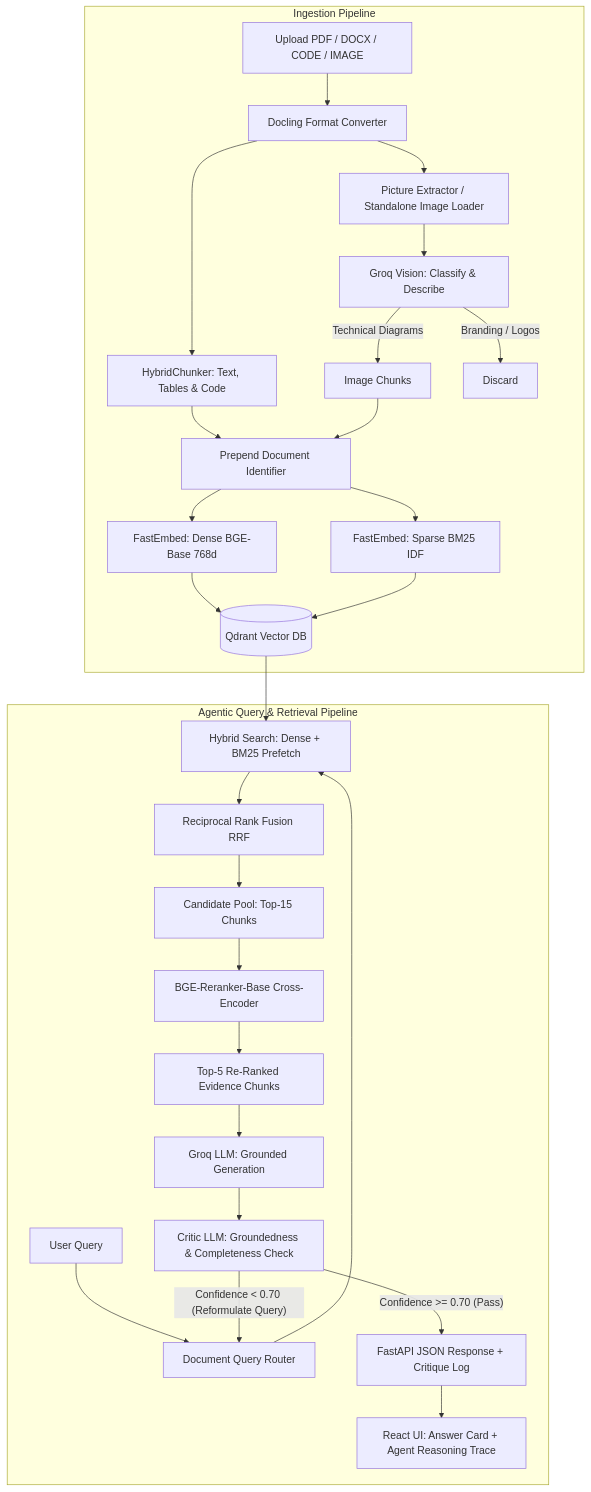
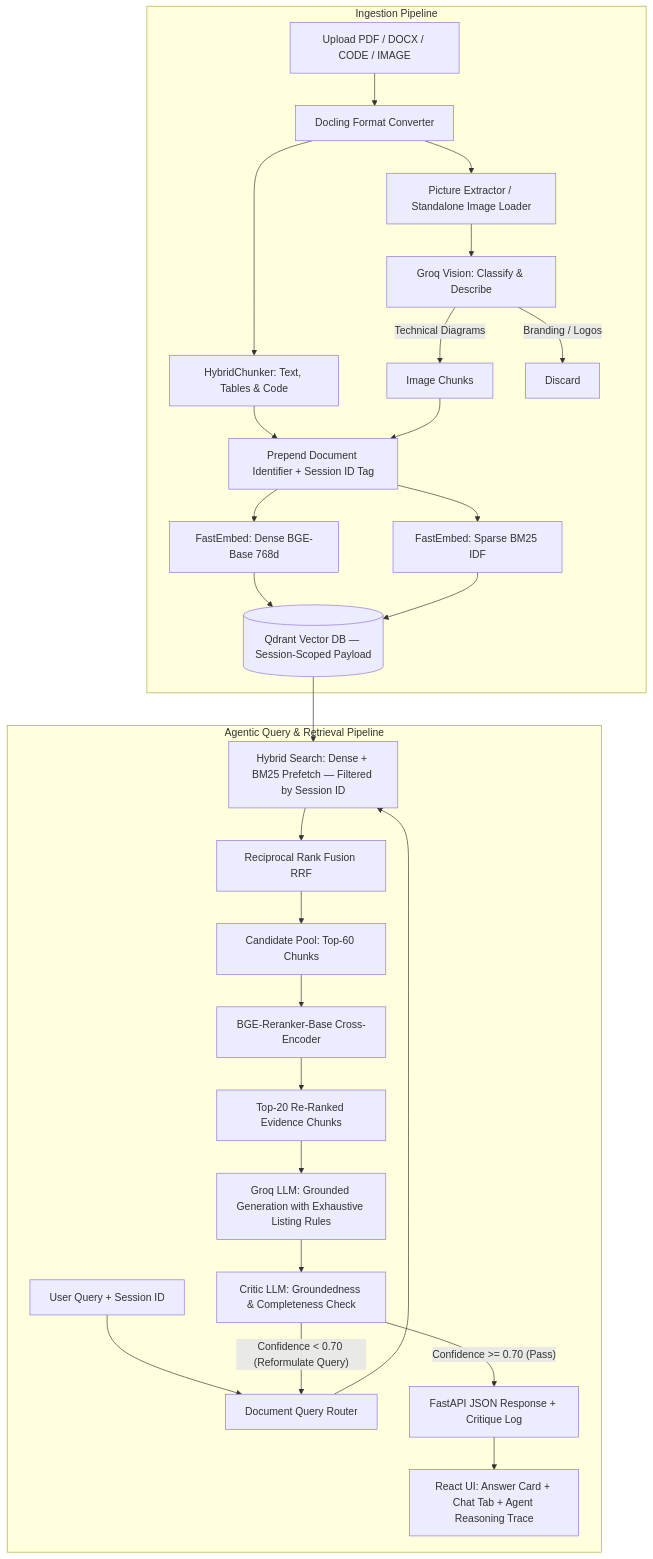
The diagram in README.md (saikiran9346/Multimodal), drawn with Mermaid before and after one commit. The commit also changed other lines of this file and 11 other files, not shown here.

First line of the commit message:
feat: session-isolated multi-chat, multi-file upload, document management API, exhaustive listing retrieval

````diff
--- a/README.md
+++ b/README.md
@@ -43,32 +47,32 @@
 ```mermaid
 graph TD
     subgraph Ingestion Pipeline
         A[Upload PDF / DOCX / CODE / IMAGE] --> B[Docling Format Converter]
         B --> C[HybridChunker: Text, Tables & Code]
         B --> D[Picture Extractor / Standalone Image Loader]
         D --> E[Groq Vision: Classify & Describe]
         E -- Technical Diagrams --> F[Image Chunks]
         E -- Branding / Logos --> G[Discard]
-        C --> H[Prepend Document Identifier]
+        C --> H[Prepend Document Identifier + Session ID Tag]
         F --> H
         H --> I[FastEmbed: Dense BGE-Base 768d]
         H --> J[FastEmbed: Sparse BM25 IDF]
-        I --> K[(Qdrant Vector DB)]
+        I --> K[(Qdrant Vector DB — Session-Scoped Payload)]
         J --> K
     end
 
     subgraph Agentic Query & Retrieval Pipeline
-        L[User Query] --> M[Document Query Router]
-        M --> N[Hybrid Search: Dense + BM25 Prefetch]
+        L[User Query + Session ID] --> M[Document Query Router]
+        M --> N[Hybrid Search: Dense + BM25 Prefetch — Filtered by Session ID]
         K --> N
         N --> O[Reciprocal Rank Fusion RRF]
-        O --> P[Candidate Pool: Top-15 Chunks]
+        O --> P[Candidate Pool: Top-60 Chunks]
         P --> Q[BGE-Reranker-Base Cross-Encoder]
-        Q --> R[Top-5 Re-Ranked Evidence Chunks]
-        R --> S[Groq LLM: Grounded Generation]
+        Q --> R[Top-20 Re-Ranked Evidence Chunks]
+        R --> S[Groq LLM: Grounded Generation with Exhaustive Listing Rules]
         S --> T[Critic LLM: Groundedness & Completeness Check]
         T -- "Confidence < 0.70 (Reformulate Query)" --> M
         T -- "Confidence >= 0.70 (Pass)" --> U[FastAPI JSON Response + Critique Log]
-        U --> V[React UI: Answer Card + Agent Reasoning Trace]
+        U --> V[React UI: Answer Card + Chat Tab + Agent Reasoning Trace]
     end
 ```
````
